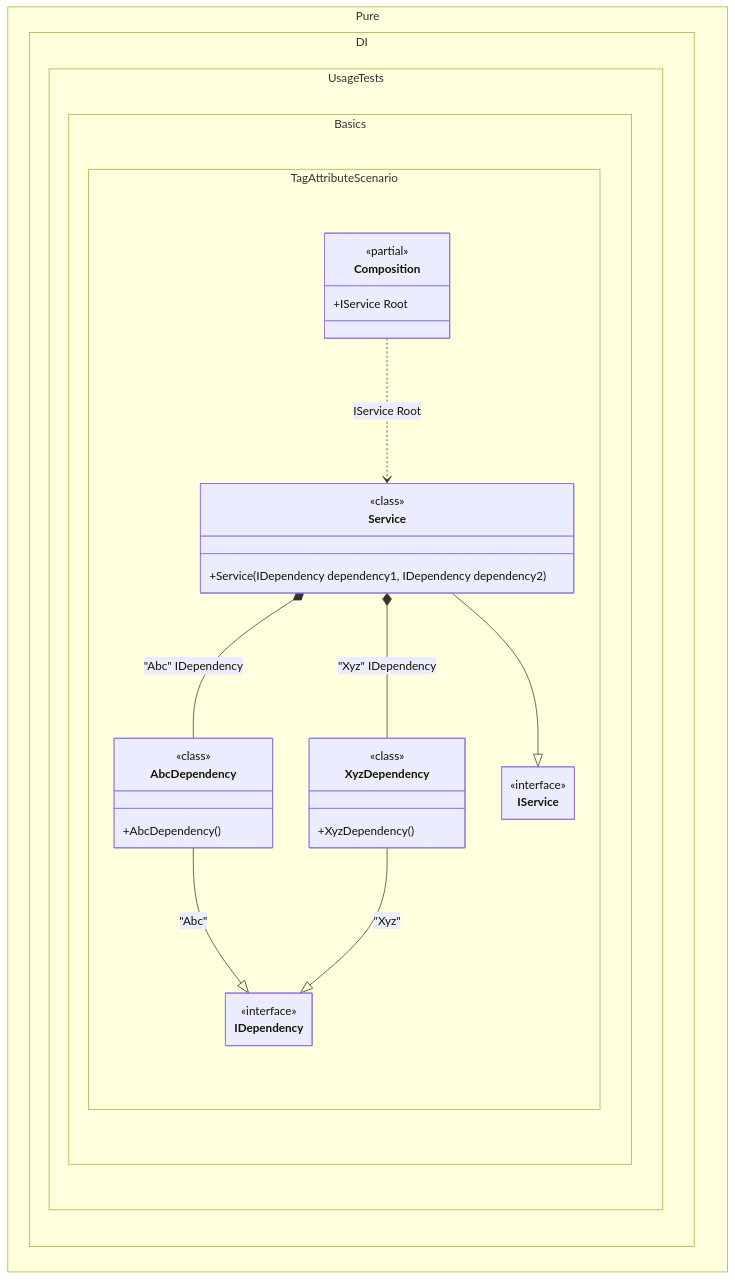
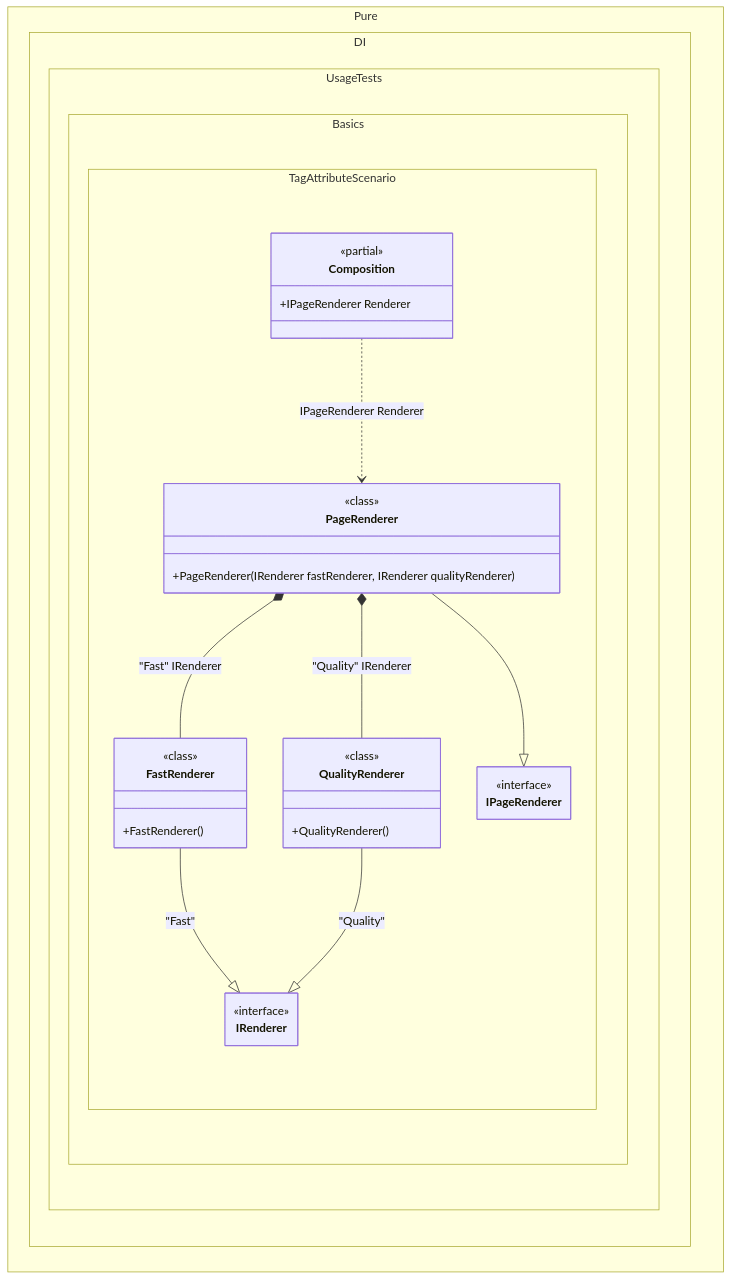
The diagram in readme/tag-attribute.md (DevTeam/Pure.DI), drawn with Mermaid before and after one commit. The commit also changed other lines of this file and 126 other files, not shown here.

````diff
--- a/readme/tag-attribute.md
+++ b/readme/tag-attribute.md
@@ -105,40 +103,40 @@
 ```mermaid
 ---
  config:
   maxTextSize: 2147483647
   maxEdges: 2147483647
   class:
    hideEmptyMembersBox: true
 ---
 classDiagram
-	AbcDependency --|> IDependency : "Abc" 
-	XyzDependency --|> IDependency : "Xyz" 
-	Service --|> IService
-	Composition ..> Service : IService Root
-	Service *--  AbcDependency : "Abc"  IDependency
-	Service *--  XyzDependency : "Xyz"  IDependency
+	FastRenderer --|> IRenderer : "Fast" 
+	QualityRenderer --|> IRenderer : "Quality" 
+	PageRenderer --|> IPageRenderer
+	Composition ..> PageRenderer : IPageRenderer Renderer
+	PageRenderer *--  FastRenderer : "Fast"  IRenderer
+	PageRenderer *--  QualityRenderer : "Quality"  IRenderer
 	namespace Pure.DI.UsageTests.Basics.TagAttributeScenario {
-		class AbcDependency {
-				<<class>>
-			+AbcDependency()
-		}
 		class Composition {
 		<<partial>>
-		+IService Root
+		+IPageRenderer Renderer
 		}
-		class IDependency {
+		class FastRenderer {
+				<<class>>
+			+FastRenderer()
+		}
+		class IPageRenderer {
 			<<interface>>
 		}
-		class IService {
+		class IRenderer {
 			<<interface>>
 		}
-		class Service {
+		class PageRenderer {
 				<<class>>
-			+Service(IDependency dependency1, IDependency dependency2)
+			+PageRenderer(IRenderer fastRenderer, IRenderer qualityRenderer)
 		}
-		class XyzDependency {
+		class QualityRenderer {
 				<<class>>
-			+XyzDependency()
+			+QualityRenderer()
 		}
 	}
 ```
````
